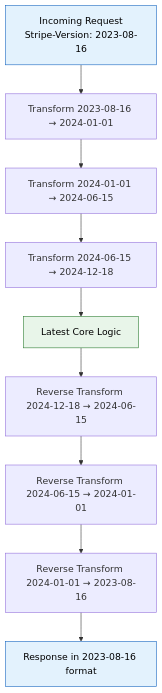
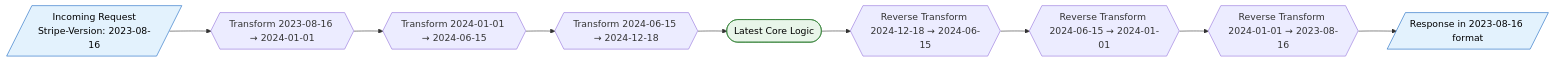
One commit to saivamsikaruturi/vamsilabs-dev-notes-main changed the fifth of 6 diagrams in docs/microservices/api-versioning.md. Above: the diagram before and after it, drawn with Mermaid. The commit also changed other lines of this file and 146 other files, not shown here.

Commit message:
Horizontal diagrams, UML class diagrams, typography overhaul, and permalink cleanup

````diff
--- a/docs/microservices/api-versioning.md
+++ b/docs/microservices/api-versioning.md
@@ -740,16 +740,16 @@
 ```mermaid
-flowchart TD
-    REQ["Incoming Request<br/>Stripe-Version: 2023-08-16"] 
-    REQ --> T1["Transform 2023-08-16 → 2024-01-01"]
-    T1 --> T2["Transform 2024-01-01 → 2024-06-15"]
-    T2 --> T3["Transform 2024-06-15 → 2024-12-18"]
-    T3 --> CORE["Latest Core Logic"]
-    CORE --> R3["Reverse Transform 2024-12-18 → 2024-06-15"]
-    R3 --> R2["Reverse Transform 2024-06-15 → 2024-01-01"]
-    R2 --> R1["Reverse Transform 2024-01-01 → 2023-08-16"]
-    R1 --> RESP["Response in 2023-08-16 format"]
+flowchart LR
+    REQ[/"Incoming Request<br/>Stripe-Version: 2023-08-16"/] 
+    REQ --> T1{{"Transform 2023-08-16 → 2024-01-01"}}
+    T1 --> T2{{"Transform 2024-01-01 → 2024-06-15"}}
+    T2 --> T3{{"Transform 2024-06-15 → 2024-12-18"}}
+    T3 --> CORE(["Latest Core Logic"])
+    CORE --> R3{{"Reverse Transform 2024-12-18 → 2024-06-15"}}
+    R3 --> R2{{"Reverse Transform 2024-06-15 → 2024-01-01"}}
+    R2 --> R1{{"Reverse Transform 2024-01-01 → 2023-08-16"}}
+    R1 --> RESP[/"Response in 2023-08-16 format"/]
 
     style REQ fill:#E3F2FD,stroke:#1565C0,color:#000
     style CORE fill:#E8F5E9,stroke:#2E7D32,color:#000
     style RESP fill:#E3F2FD,stroke:#1565C0,color:#000
 ```
````
